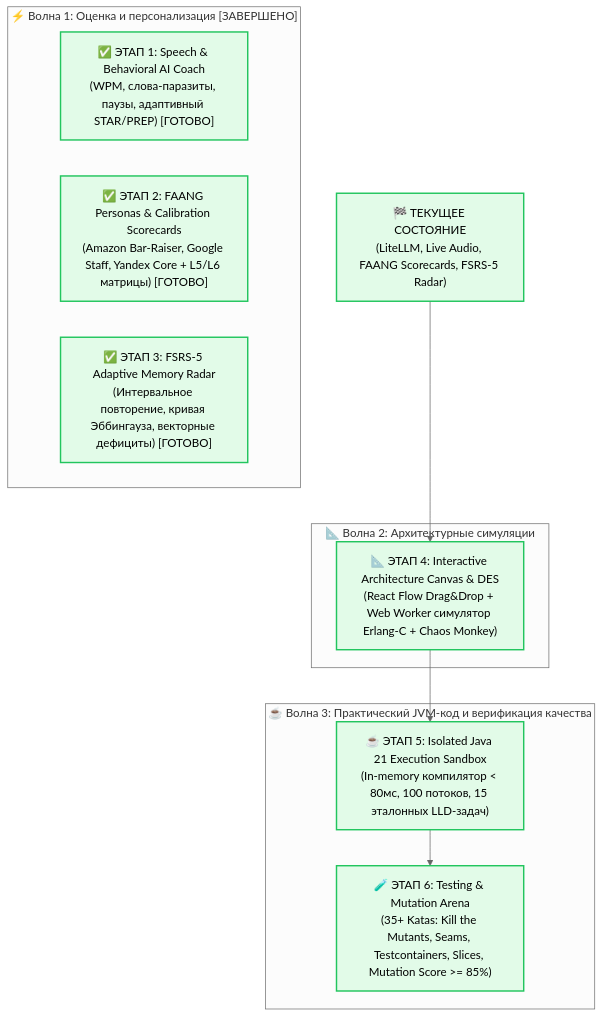
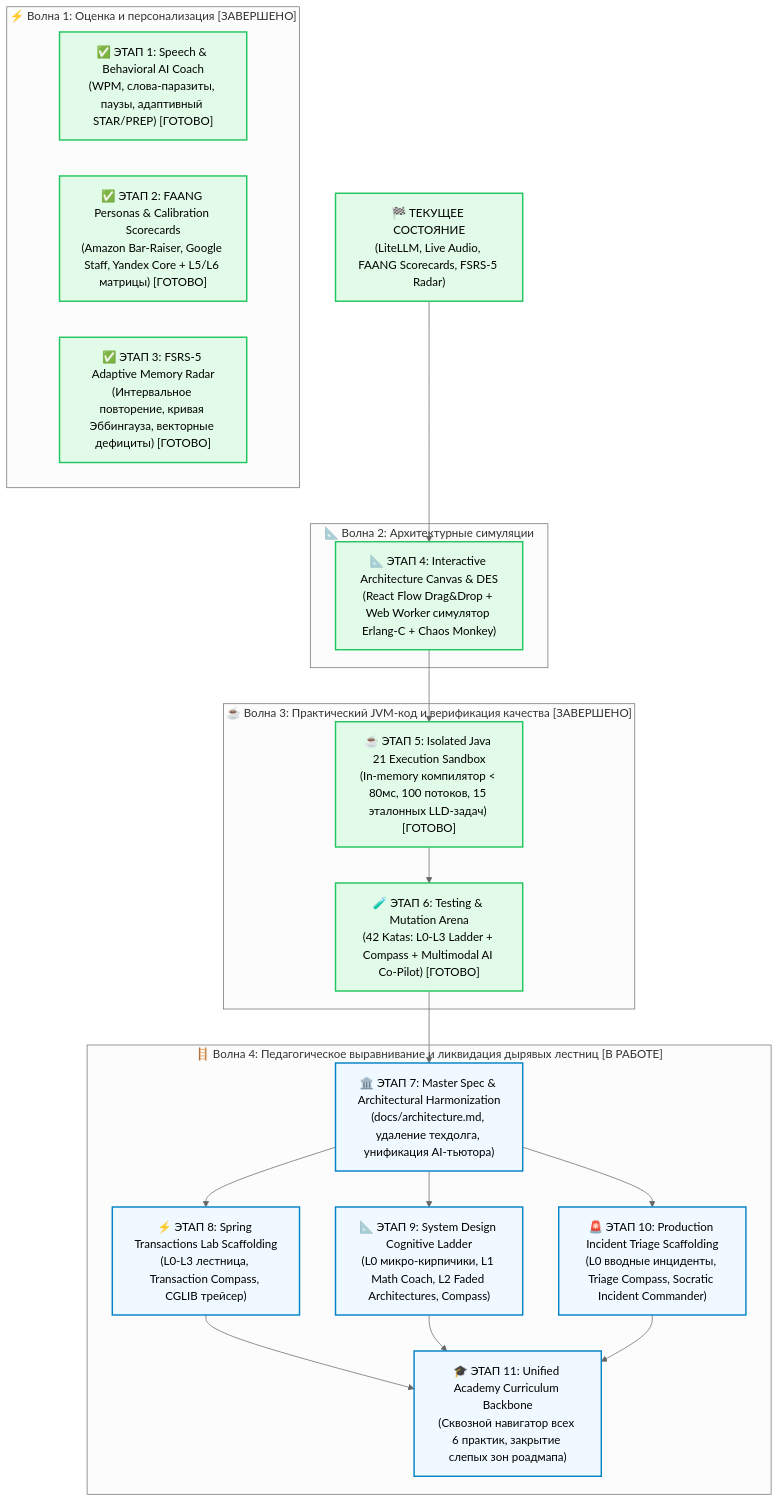
One commit to iliaIz/interview_tutor changed the diagram in docs/roadmap/00_MASTER_ROADMAP.md. Above: the diagram before and after it, drawn with Mermaid (neutral theme). The commit also changed other lines of this file and 11 other files, not shown here.

Commit message:
feat(arch): master architectural harmonization, SSOT specification and Phase 07 foundation

````diff
--- a/docs/roadmap/00_MASTER_ROADMAP.md
+++ b/docs/roadmap/00_MASTER_ROADMAP.md
@@ -27,29 +27,41 @@
 ```mermaid
 flowchart TD
     Current["🏁 ТЕКУЩЕЕ СОСТОЯНИЕ\n(LiteLLM, Live Audio, FAANG Scorecards, FSRS-5 Radar)"]
 
     subgraph Wave1 ["⚡ Волна 1: Оценка и персонализация [ЗАВЕРШЕНО]"]
         Phase1["✅ ЭТАП 1: Speech & Behavioral AI Coach\n(WPM, слова-паразиты, паузы, адаптивный STAR/PREP) [ГОТОВО]"]
         Phase2["✅ ЭТАП 2: FAANG Personas & Calibration Scorecards\n(Amazon Bar-Raiser, Google Staff, Yandex Core + L5/L6 матрицы) [ГОТОВО]"]
         Phase3["✅ ЭТАП 3: FSRS-5 Adaptive Memory Radar\n(Интервальное повторение, кривая Эббингауза, векторные дефициты) [ГОТОВО]"]
     end
 
     subgraph Wave2 ["📐 Волна 2: Архитектурные симуляции"]
         Phase4["📐 ЭТАП 4: Interactive Architecture Canvas & DES\n(React Flow Drag&Drop + Web Worker симулятор Erlang-C + Chaos Monkey)"]
     end
 
-    subgraph Wave3 ["☕ Волна 3: Практический JVM-код и верификация качества"]
-        Phase5["☕ ЭТАП 5: Isolated Java 21 Execution Sandbox\n(In-memory компилятор < 80мс, 100 потоков, 15 эталонных LLD-задач)"]
-        Phase6["🧪 ЭТАП 6: Testing & Mutation Arena\n(35+ Katas: Kill the Mutants, Seams, Testcontainers, Slices, Mutation Score >= 85%)"]
+    subgraph Wave3 ["☕ Волна 3: Практический JVM-код и верификация качества [ЗАВЕРШЕНО]"]
+        Phase5["☕ ЭТАП 5: Isolated Java 21 Execution Sandbox\n(In-memory компилятор < 80мс, 100 потоков, 15 эталонных LLD-задач) [ГОТОВО]"]
+        Phase6["🧪 ЭТАП 6: Testing & Mutation Arena\n(42 Katas: L0-L3 Ladder + Compass + Multimodal AI Co-Pilot) [ГОТОВО]"]
+    end
+
+    subgraph Wave4 ["🪜 Волна 4: Педагогическое выравнивание и ликвидация дырявых лестниц [В РАБОТЕ]"]
+        Phase7["🏛️ ЭТАП 7: Master Spec & Architectural Harmonization\n(docs/architecture.md, удаление техдолга, унификация AI-тьютора)"]
+        Phase8["⚡ ЭТАП 8: Spring Transactions Lab Scaffolding\n(L0-L3 лестница, Transaction Compass, CGLIB трейсер)"]
+        Phase9["📐 ЭТАП 9: System Design Cognitive Ladder\n(L0 микро-кирпичики, L1 Math Coach, L2 Faded Architectures, Compass)"]
+        Phase10["🚨 ЭТАП 10: Production Incident Triage Scaffolding\n(L0 вводные инциденты, Triage Compass, Socratic Incident Commander)"]
+        Phase11["🎓 ЭТАП 11: Unified Academy Curriculum Backbone\n(Сквозной навигатор всех 6 практик, закрытие слепых зон роадмапа)"]
     end
 
     Current --> Phase4
     Phase4 --> Phase5
     Phase5 --> Phase6
+    Phase6 --> Phase7
+    Phase7 --> Phase8 & Phase9 & Phase10
+    Phase8 & Phase9 & Phase10 --> Phase11
 
     classDef done fill:#e2fbe8,stroke:#22c55e,stroke-width:2px;
     classDef currentPhase fill:#fff7ed,stroke:#ea580c,stroke-width:2px;
     classDef queued fill:#f0f9ff,stroke:#0284c7,stroke-width:2px;
 
     class Current,Phase1,Phase2,Phase3,Phase4,Phase5,Phase6 done;
+    class Phase7,Phase8,Phase9,Phase10,Phase11 queued;
 ```
````
